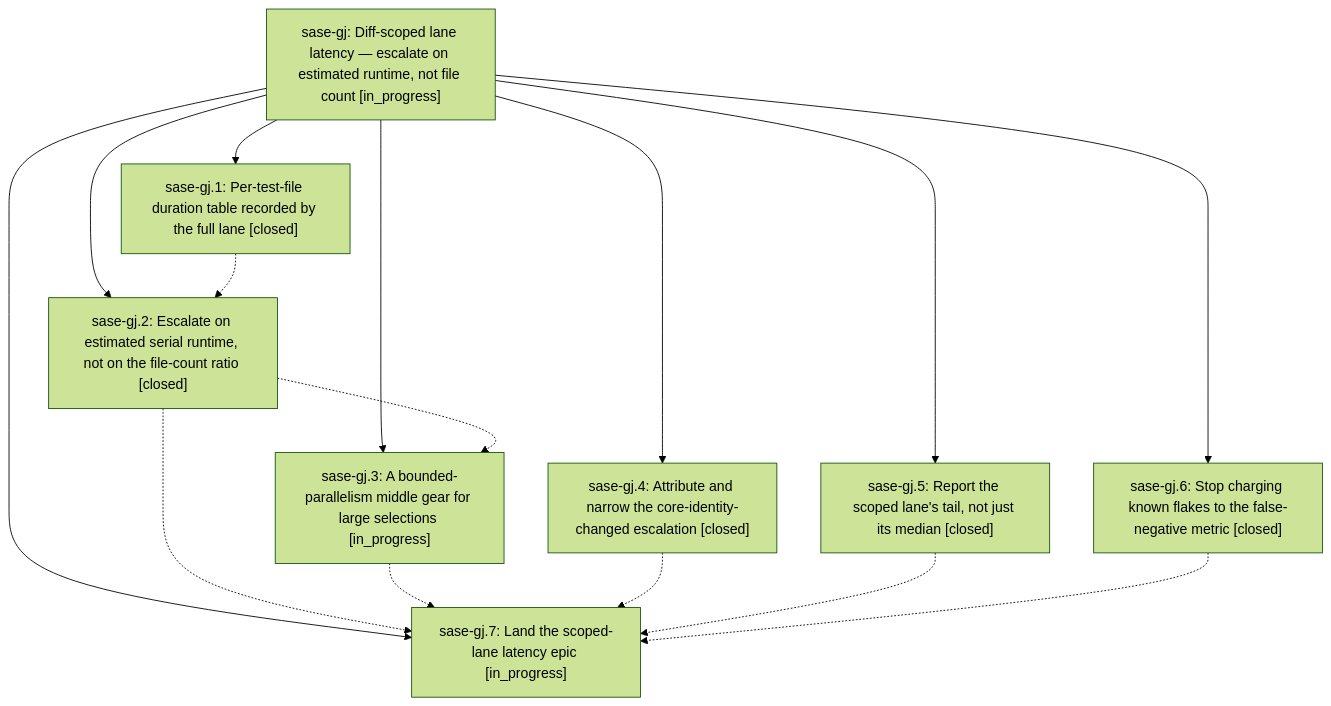
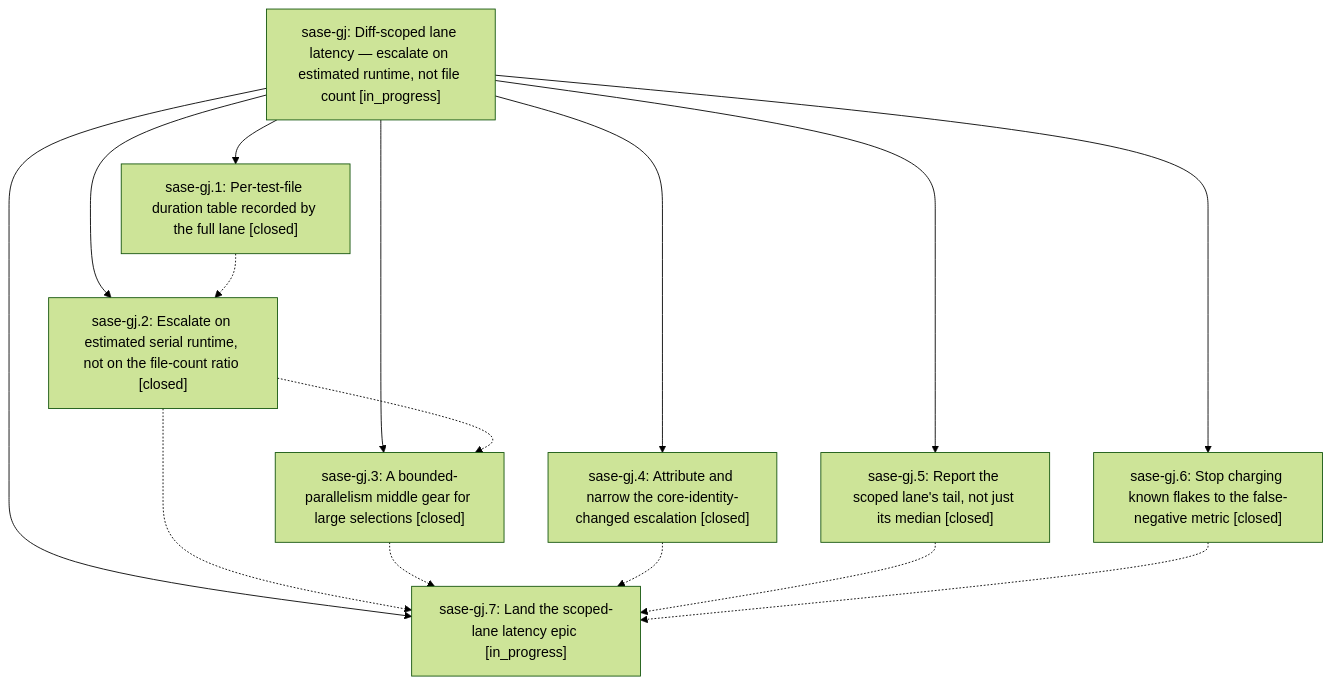
One commit to sase-org/sase--beads changed the diagram in pages/sase-gj/README.md. Above: the diagram before and after it, drawn with Mermaid (forest theme). The commit also changed other lines of this file and 3 other files, not shown here.

````diff
--- a/pages/sase-gj/README.md
+++ b/pages/sase-gj/README.md
@@ -28,25 +28,25 @@
 ```mermaid
 flowchart TD
     n0["sase-gj: Diff-scoped lane latency — escalate on estimated runtime, not file count [in_progress]"]
     n1["sase-gj.1: Per-test-file duration table recorded by the full lane [closed]"]
     n2["sase-gj.2: Escalate on estimated serial runtime, not on the file-count ratio [closed]"]
-    n3["sase-gj.3: A bounded-parallelism middle gear for large selections [in_progress]"]
+    n3["sase-gj.3: A bounded-parallelism middle gear for large selections [closed]"]
     n4["sase-gj.4: Attribute and narrow the core-identity-changed escalation [closed]"]
     n5["sase-gj.5: Report the scoped lane's tail, not just its median [closed]"]
     n6["sase-gj.6: Stop charging known flakes to the false-negative metric [closed]"]
     n7["sase-gj.7: Land the scoped-lane latency epic [in_progress]"]
     n0 --> n1
     n0 --> n2
     n0 --> n3
     n0 --> n4
     n0 --> n5
     n0 --> n6
     n0 --> n7
     n1 -.-> n2
     n2 -.-> n3
     n2 -.-> n7
     n3 -.-> n7
     n4 -.-> n7
     n5 -.-> n7
     n6 -.-> n7
 ```
````
